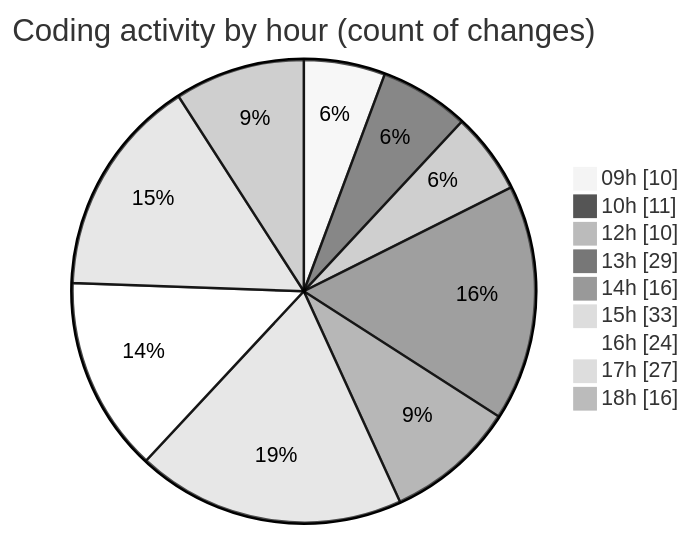
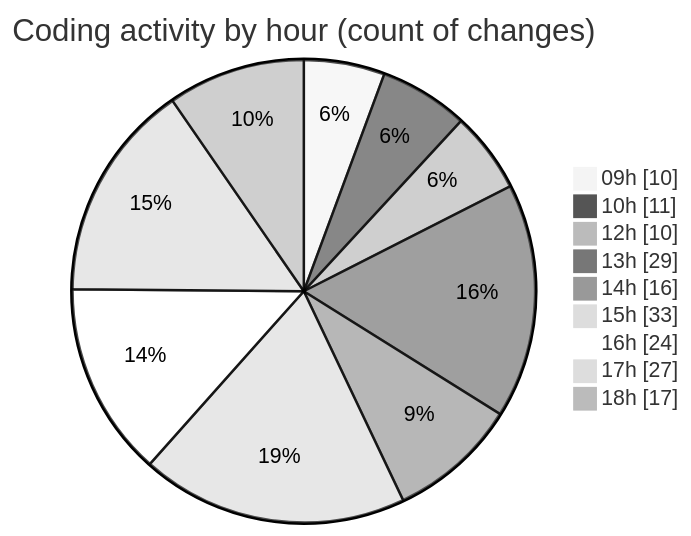
The second of 2 diagrams in 2025-09-12/cda/README.md (momahboobian/code-tracking), drawn with Mermaid (neutral theme) before and after one commit. The commit also changed other lines of this file and 1 other file, not shown here.

````diff
--- a/2025-09-12/cda/README.md
+++ b/2025-09-12/cda/README.md
@@ -48,13 +48,13 @@
 ```mermaid
 pie showData
 title Coding activity by hour (count of changes)
 "09h" : 10
 "10h" : 11
 "12h" : 10
 "13h" : 29
 "14h" : 16
 "15h" : 33
 "16h" : 24
 "17h" : 27
-"18h" : 16
+"18h" : 17
 ```
````
